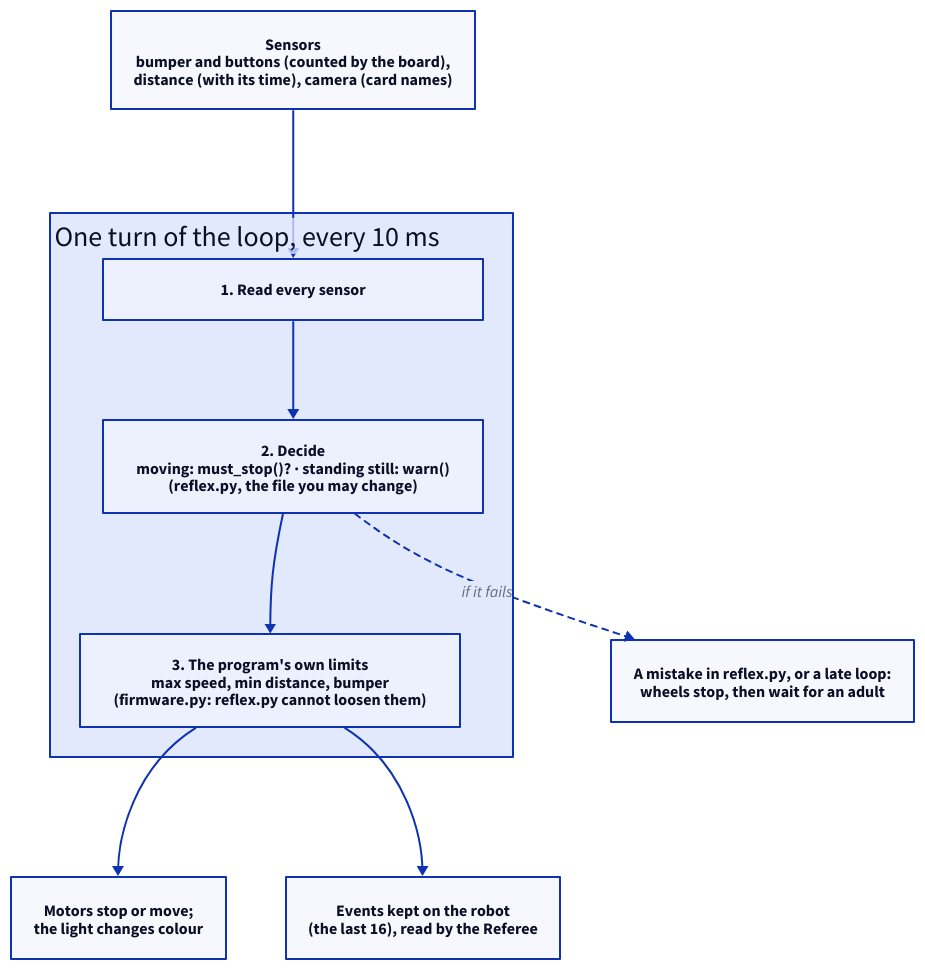
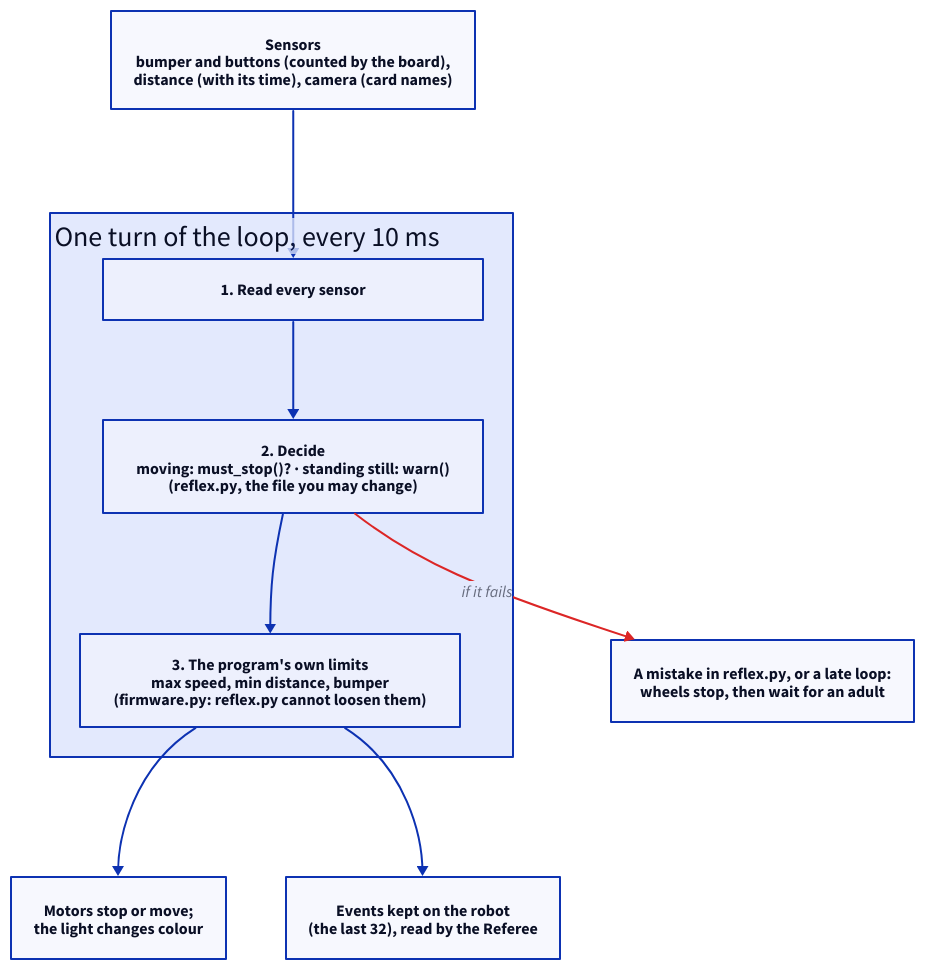
One commit to Youth-AI-Lab/yal-robot-guide changed the diagram in images/03-reflex-loop.d2. Above: the diagram before and after it, drawn with D2. The commit also changed 21 other files, not shown here.

```diff
--- a/images/03-reflex-loop.d2
+++ b/images/03-reflex-loop.d2
@@ -1,23 +1,23 @@
 # 3. The robot's own loop, every 10 ms, on the robot. Nobody above is asked.
 
 direction: down
 
 sensors: "Sensors\nbumper and buttons (counted by the board),\ndistance (with its time), camera (card names)" {class: part}
 
 loop: "One turn of the loop, every 10 ms" {
   class: layer
   label.near: top-left
   read: "1. Read every sensor" {class: part; width: 380}
   decide: "2. Decide\nmoving: must_stop()? · standing still: warn()\n(reflex.py, the file you may change)" {class: key; width: 380}
   limits: "3. The program's own limits\nmax speed, min distance, bumper\n(firmware.py: reflex.py cannot loosen them)" {class: part; width: 380}
   read -> decide -> limits
 }
 
 act: "Motors stop or move;\nthe light changes colour" {class: part}
-events: "Events kept on the robot\n(the last 16), read by the Referee" {class: part}
+events: "Events kept on the robot\n(the last 32), read by the Referee" {class: part}
 fault: "A mistake in reflex.py, or a late loop:\nwheels stop, then wait for an adult" {class: never}
 
 sensors -> loop.read
 loop.limits -> act
 loop.limits -> events
-loop.decide -> fault: "if it fails" {style.stroke-dash: 3}
+loop.decide -> fault: "if it fails" {style.stroke: "#dc2626"}
```
